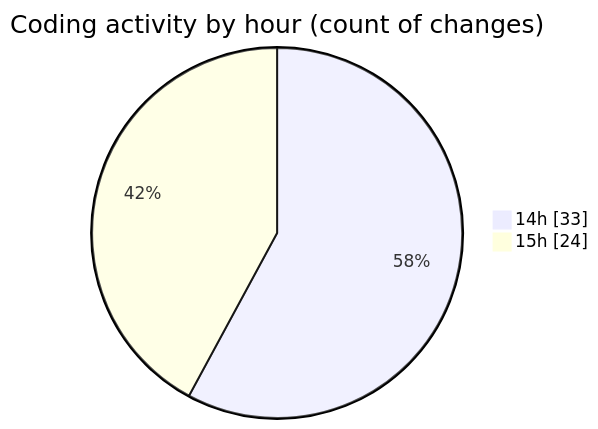
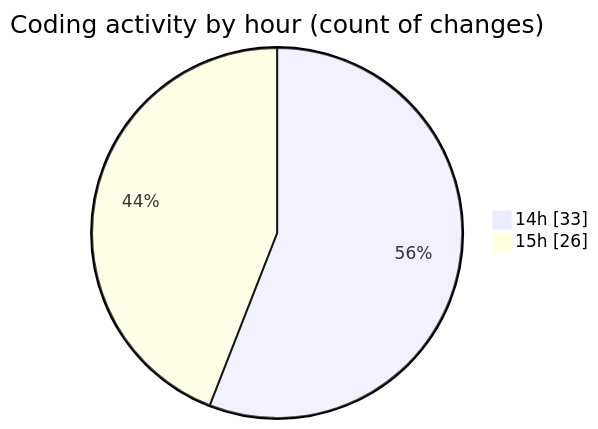
One commit to jadenblack/code-tracking changed the second of 2 diagrams in 2026-03-04/shadcn-admin-kit-main__workspace_/README.md. Above: the diagram before and after it, drawn with Mermaid. The commit also changed other lines of this file and 1 other file, not shown here.

````diff
--- a/2026-03-04/shadcn-admin-kit-main__workspace_/README.md
+++ b/2026-03-04/shadcn-admin-kit-main__workspace_/README.md
@@ -62,6 +62,6 @@
 ```mermaid
 pie showData
 title Coding activity by hour (count of changes)
 "14h" : 33
-"15h" : 24
+"15h" : 26
 ```
````
